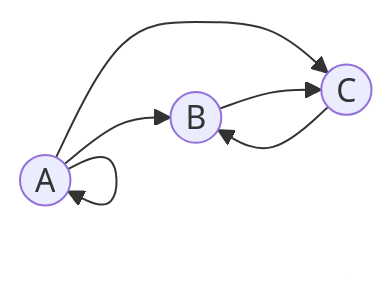
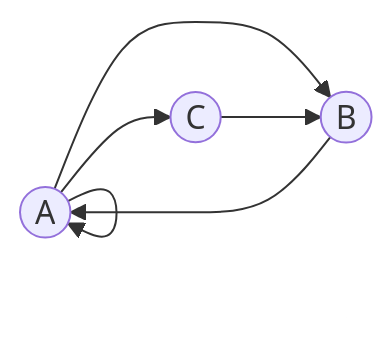
The diagram in task_7/All_ca$h.md (HSE-algo-23-owl/manual_tasks), drawn with Mermaid before and after one commit.

````diff
--- a/task_7/All_ca$h.md
+++ b/task_7/All_ca$h.md
@@ -17,10 +17,9 @@
  ```mermaid
 graph LR
 
 A((A)) --> B((B))
 A --> A
 A --> C((C))
-B --> C
-
+B --> A
 C --> B
 ```
````
